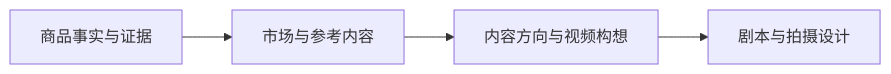
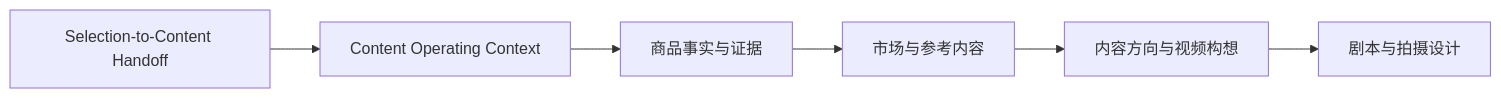
The second of 7 diagrams in 02_DELIVERY_RELEASES.md (SONG-36/TK_Video_Intelligence_Workbench), drawn with Mermaid before and after one commit. The commit also changed other lines of this file and 9 other files, not shown here.

````diff
--- a/02_DELIVERY_RELEASES.md
+++ b/02_DELIVERY_RELEASES.md
@@ -37,9 +39,11 @@
 ```mermaid
 flowchart LR
+    H[Selection-to-Content Handoff]
+    COC[Content Operating Context]
     A[商品事实与证据]
     B[市场与参考内容]
     C[内容方向与视频构想]
     D[剧本与拍摄设计]
 
-    A --> B --> C --> D
+    H --> COC --> A --> B --> C --> D
 ```
````
